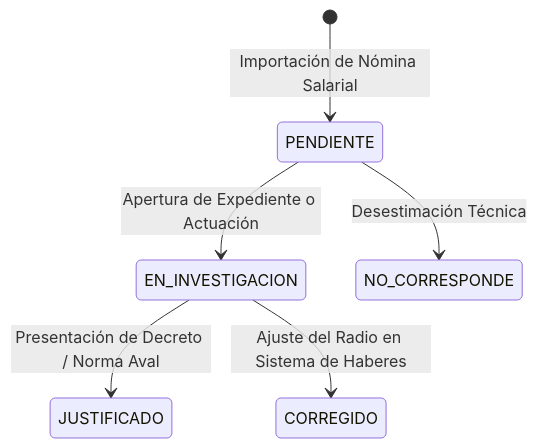
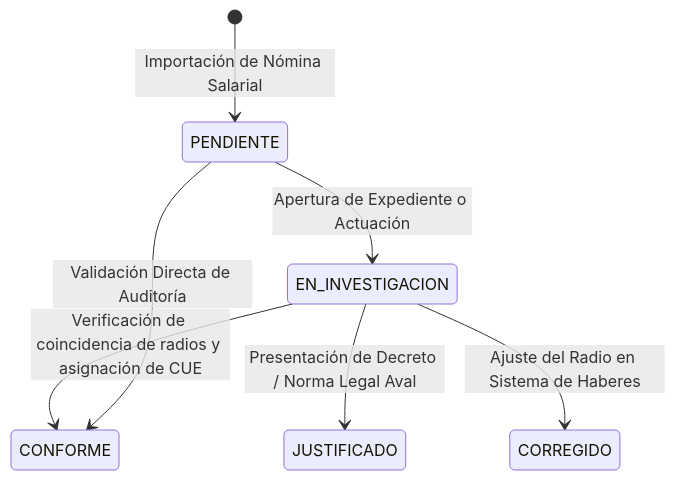
Before and after one commit to Noodle1981/edu-auditor: the diagram in doc/seguimiento_gestion.md, drawn with Mermaid. The commit also changed other lines of this file and 19 other files, not shown here.

````diff
--- a/doc/seguimiento_gestion.md
+++ b/doc/seguimiento_gestion.md
@@ -13,8 +13,9 @@
 ```mermaid
 stateDiagram-v2
     [*] --> PENDIENTE: Importación de Nómina Salarial
     PENDIENTE --> EN_INVESTIGACION: Apertura de Expediente o Actuación
-    EN_INVESTIGACION --> JUSTIFICADO: Presentación de Decreto / Norma Aval
+    EN_INVESTIGACION --> CONFORME: Verificación de coincidencia de radios y asignación de CUE
+    EN_INVESTIGACION --> JUSTIFICADO: Presentación de Decreto / Norma Legal Aval
     EN_INVESTIGACION --> CORREGIDO: Ajuste del Radio en Sistema de Haberes
-    PENDIENTE --> NO_CORRESPONDE: Desestimación Técnica
+    PENDIENTE --> CONFORME: Validación Directa de Auditoría
 ```
````
